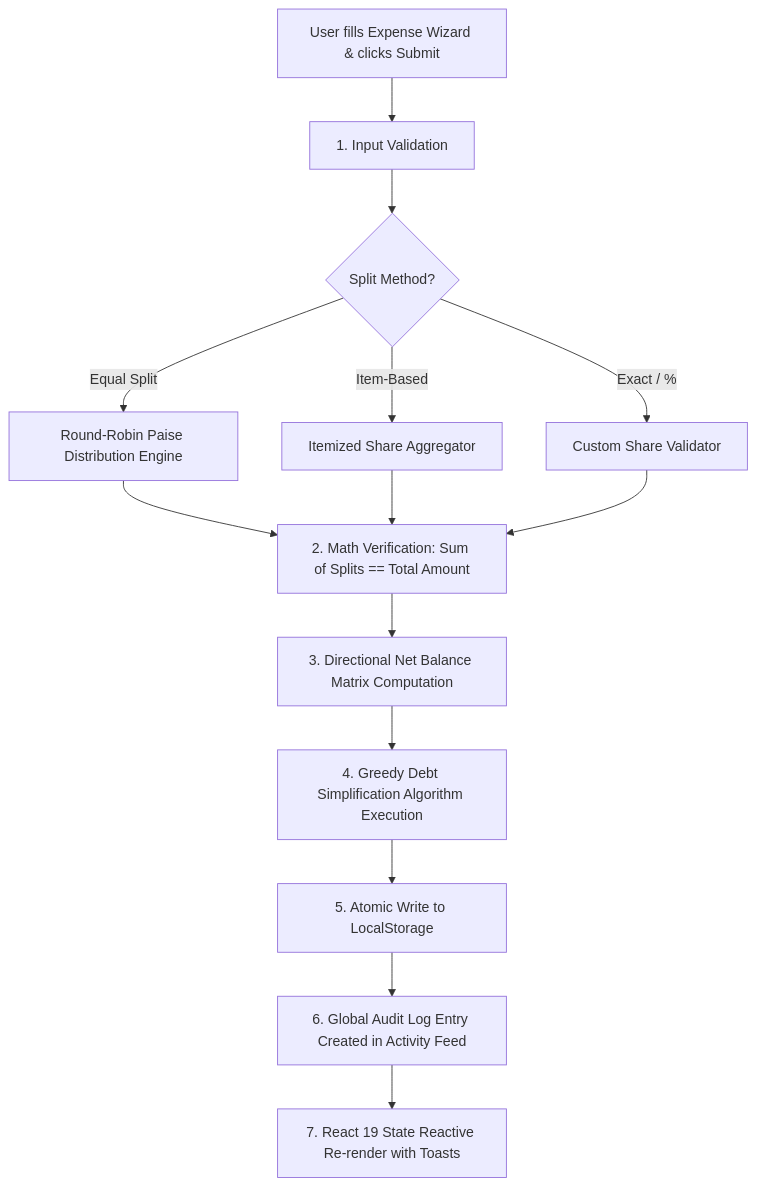
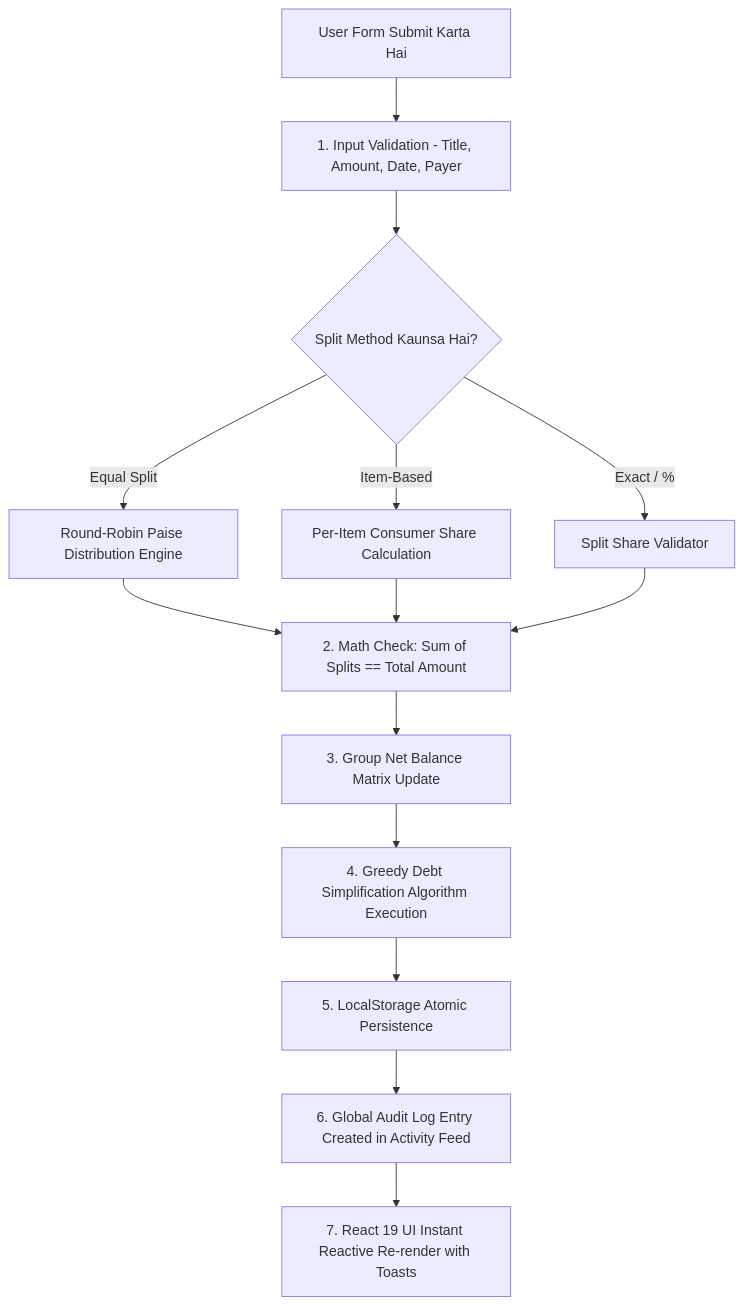
The diagram in JURY_PRESENTATION_AND_PROJECT_GUIDE.md (Jainam06sheth/Expense-Tracker), drawn with Mermaid before and after one commit. The commit also changed other lines of this file, not shown here.

````diff
--- a/JURY_PRESENTATION_AND_PROJECT_GUIDE.md
+++ b/JURY_PRESENTATION_AND_PROJECT_GUIDE.md
@@ -63,16 +66,16 @@
 ```mermaid
 flowchart TD
-    A[User fills Expense Wizard & clicks Submit] --> B[1. Input Validation]
-    B --> C{Split Method?}
+    A[User Form Submit Karta Hai] --> B[1. Input Validation - Title, Amount, Date, Payer]
+    B --> C{Split Method Kaunsa Hai?}
     C -->|Equal Split| D[Round-Robin Paise Distribution Engine]
-    C -->|Item-Based| E[Itemized Share Aggregator]
-    C -->|Exact / %| F[Custom Share Validator]
-    D --> G[2. Math Verification: Sum of Splits == Total Amount]
+    C -->|Item-Based| E[Per-Item Consumer Share Calculation]
+    C -->|Exact / %| F[Split Share Validator]
+    D --> G[2. Math Check: Sum of Splits == Total Amount]
     E --> G
     F --> G
-    G --> H[3. Directional Net Balance Matrix Computation]
+    G --> H[3. Group Net Balance Matrix Update]
     H --> I[4. Greedy Debt Simplification Algorithm Execution]
-    I --> J[5. Atomic Write to LocalStorage]
+    I --> J[5. LocalStorage Atomic Persistence]
     J --> K[6. Global Audit Log Entry Created in Activity Feed]
-    K --> L[7. React 19 State Reactive Re-render with Toasts]
+    K --> L[7. React 19 UI Instant Reactive Re-render with Toasts]
 ```
````
